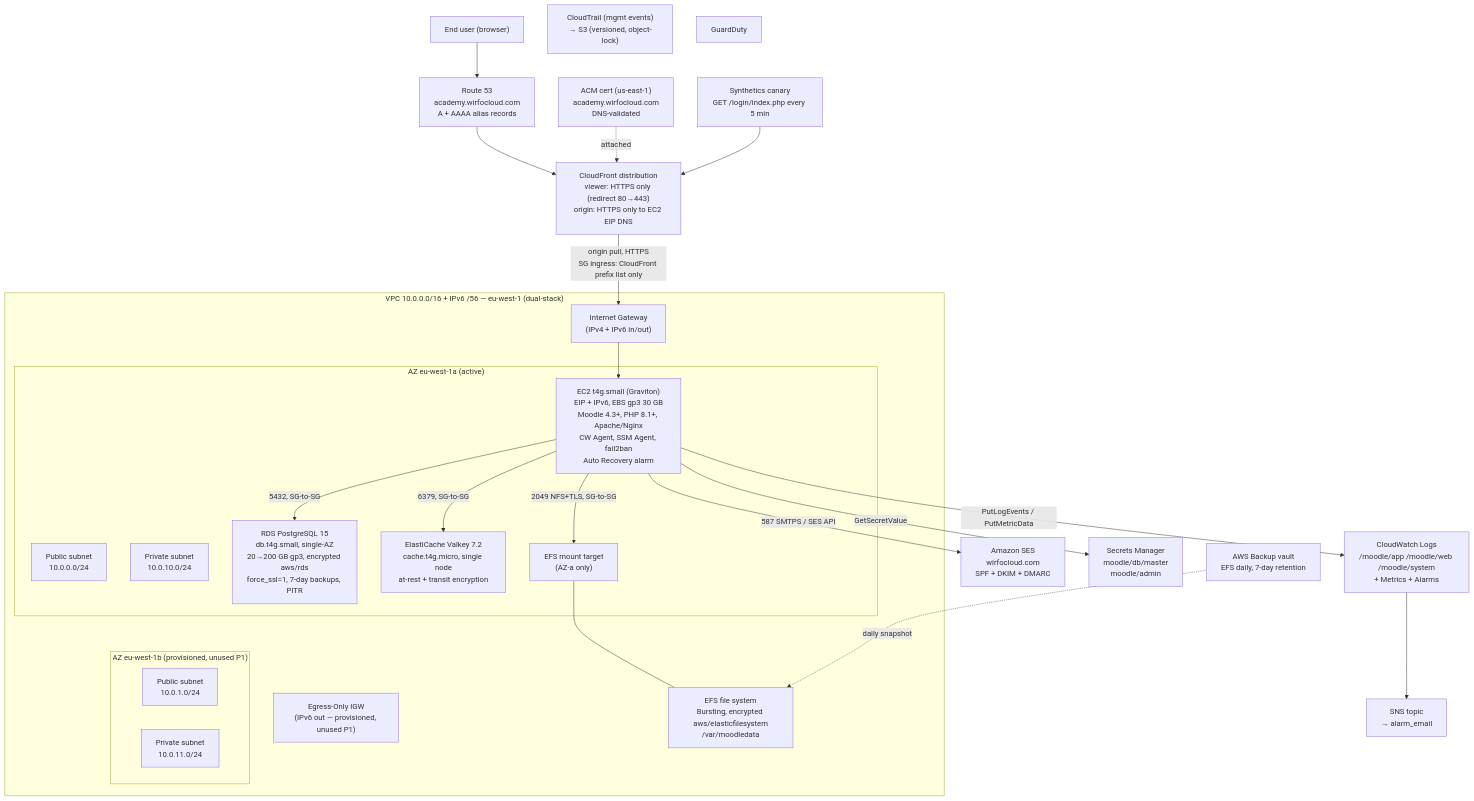
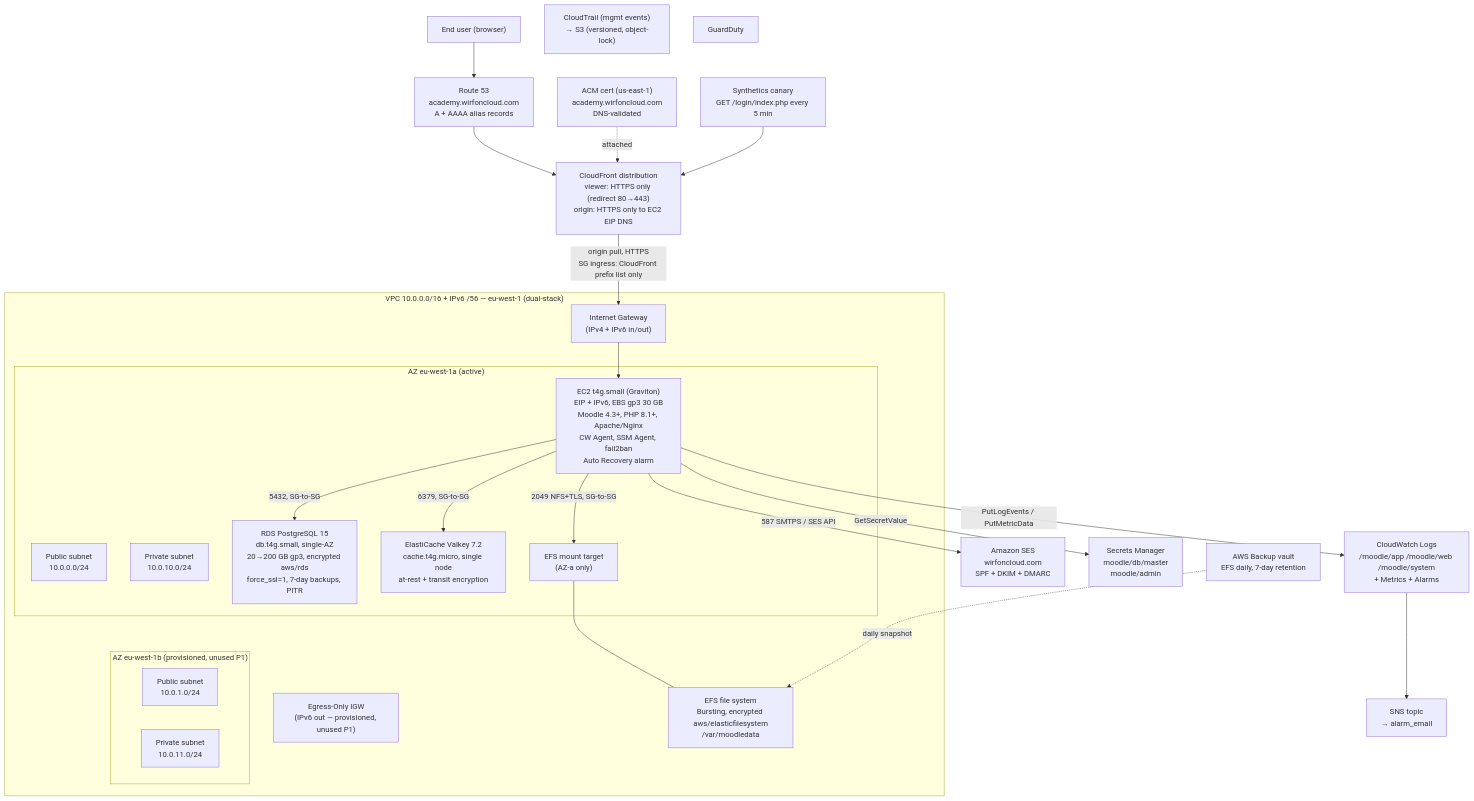
The diagram in .specs/phase-1/design.md (banjika/wirfo-moodle-aws), drawn with Mermaid before and after one commit. The commit also changed other lines of this file and 3 other files, not shown here.

Commit message:
Fix domain typo: wirfocloud.com -> wirfoncloud.com across all spec files

````diff
--- a/.specs/phase-1/design.md
+++ b/.specs/phase-1/design.md
@@ -20,54 +20,54 @@
 ```mermaid
 flowchart TB
     user["End user (browser)"]
-    r53["Route 53<br/>academy.wirfocloud.com<br/>A + AAAA alias records"]
-    acm["ACM cert (us-east-1)<br/>academy.wirfocloud.com<br/>DNS-validated"]
+    r53["Route 53<br/>academy.wirfoncloud.com<br/>A + AAAA alias records"]
+    acm["ACM cert (us-east-1)<br/>academy.wirfoncloud.com<br/>DNS-validated"]
     cf["CloudFront distribution<br/>viewer: HTTPS only (redirect 80→443)<br/>origin: HTTPS only to EC2 EIP DNS"]
 
     subgraph vpc["VPC 10.0.0.0/16 + IPv6 /56 — eu-west-1 (dual-stack)"]
         igw["Internet Gateway<br/>(IPv4 + IPv6 in/out)"]
         eigw["Egress-Only IGW<br/>(IPv6 out — provisioned, unused P1)"]
 
         subgraph aza["AZ eu-west-1a (active)"]
             pub_a["Public subnet<br/>10.0.0.0/24"]
             priv_a["Private subnet<br/>10.0.10.0/24"]
             ec2["EC2 t4g.small (Graviton)<br/>EIP + IPv6, EBS gp3 30 GB<br/>Moodle 4.3+, PHP 8.1+, Apache/Nginx<br/>CW Agent, SSM Agent, fail2ban<br/>Auto Recovery alarm"]
             rds["RDS PostgreSQL 15<br/>db.t4g.small, single-AZ<br/>20→200 GB gp3, encrypted aws/rds<br/>force_ssl=1, 7-day backups, PITR"]
             cache["ElastiCache Valkey 7.2<br/>cache.t4g.micro, single node<br/>at-rest + transit encryption"]
             efs_mt_a["EFS mount target<br/>(AZ-a only)"]
         end
 
         subgraph azb["AZ eu-west-1b (provisioned, unused P1)"]
             pub_b["Public subnet<br/>10.0.1.0/24"]
             priv_b["Private subnet<br/>10.0.11.0/24"]
         end
 
         efs["EFS file system<br/>Bursting, encrypted aws/elasticfilesystem<br/>/var/moodledata"]
     end
 
-    ses["Amazon SES<br/>wirfocloud.com<br/>SPF + DKIM + DMARC"]
+    ses["Amazon SES<br/>wirfoncloud.com<br/>SPF + DKIM + DMARC"]
     sm["Secrets Manager<br/>moodle/db/master<br/>moodle/admin"]
     cwl["CloudWatch Logs<br/>/moodle/app /moodle/web /moodle/system<br/>+ Metrics + Alarms"]
     sns["SNS topic<br/>→ alarm_email"]
     canary["Synthetics canary<br/>GET /login/index.php every 5 min"]
     ct["CloudTrail (mgmt events)<br/>→ S3 (versioned, object-lock)"]
     gd["GuardDuty"]
     backup["AWS Backup vault<br/>EFS daily, 7-day retention"]
 
     user --> r53
     r53 --> cf
     acm -. attached .-> cf
     cf -->|origin pull, HTTPS<br/>SG ingress: CloudFront prefix list only| igw
     igw --> ec2
     canary --> cf
 
     ec2 -->|5432, SG-to-SG| rds
     ec2 -->|6379, SG-to-SG| cache
     ec2 -->|2049 NFS+TLS, SG-to-SG| efs_mt_a
     efs_mt_a --- efs
     ec2 -->|587 SMTPS / SES API| ses
     ec2 -->|GetSecretValue| sm
     ec2 -->|PutLogEvents / PutMetricData| cwl
     cwl --> sns
     backup -. daily snapshot .-> efs
 ```
````
